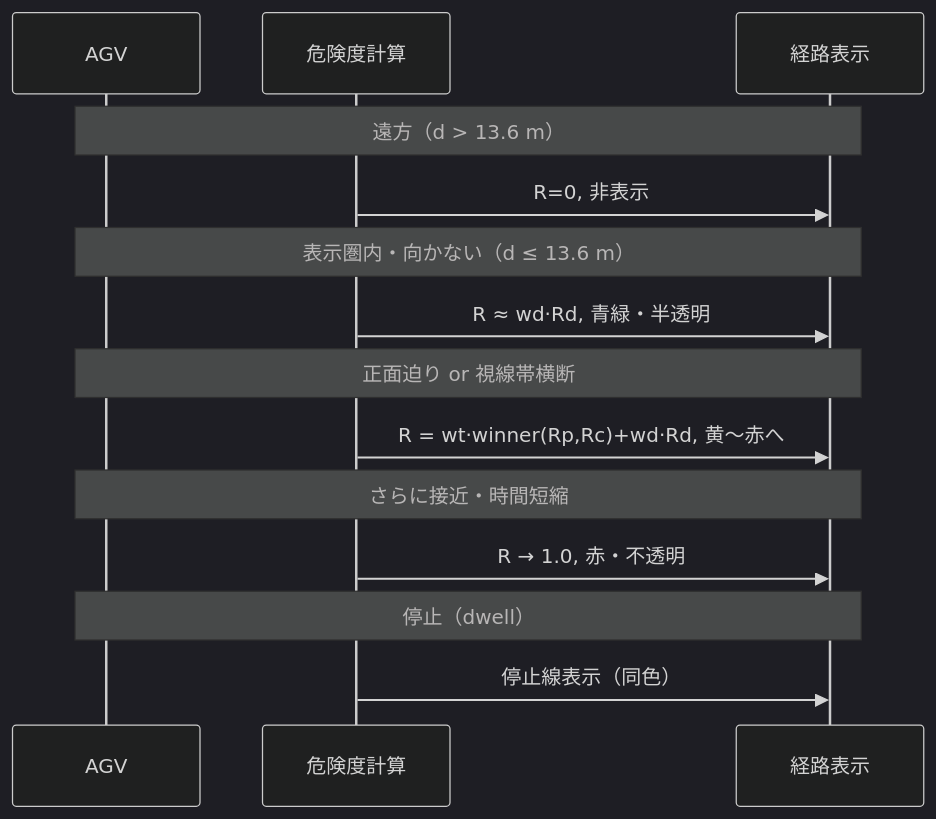
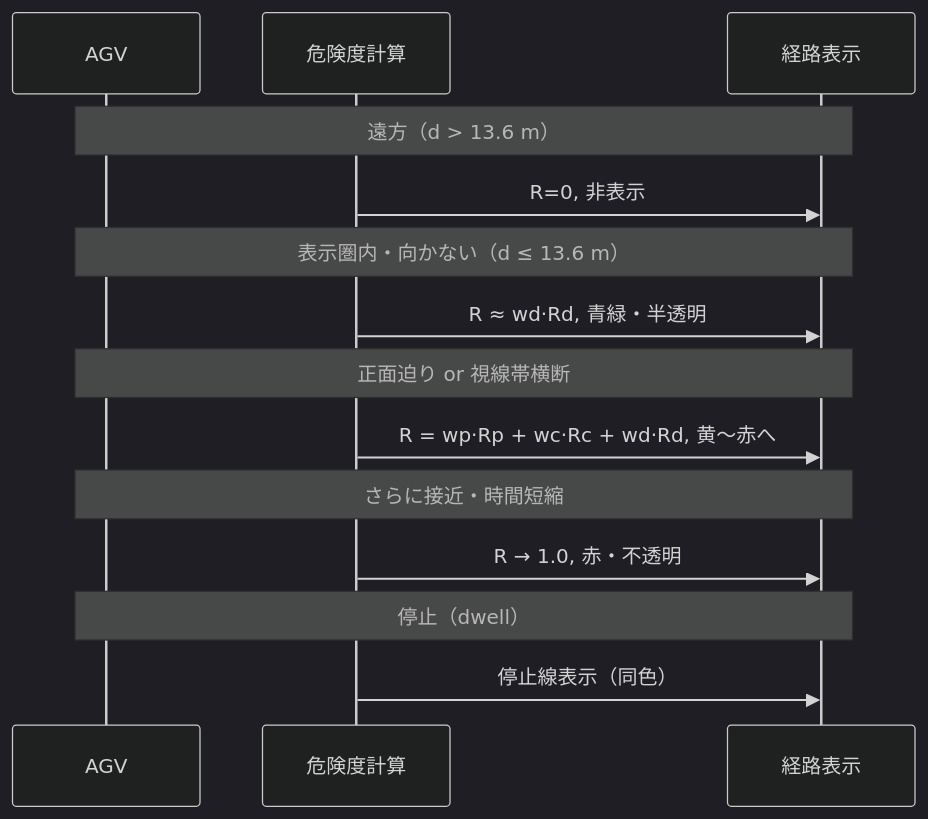
One commit to shoto-11/HRI-Robot changed the second of 2 diagrams in 提案書類.md. Above: the diagram before and after it, drawn with Mermaid (dark theme). The commit also changed other lines of this file and 19 other files, not shown here.

````diff
--- a/提案書類.md
+++ b/提案書類.md
@@ -271,21 +265,21 @@
 ```mermaid
 sequenceDiagram
     participant AGV as AGV
     participant VRC as 危険度計算
     participant Vis as 経路表示
 
     Note over AGV,Vis: 遠方（d > 13.6 m）
     VRC->>Vis: R=0, 非表示
 
     Note over AGV,Vis: 表示圏内・向かない（d ≤ 13.6 m）
     VRC->>Vis: R ≈ wd·Rd, 青緑・半透明
 
     Note over AGV,Vis: 正面迫り or 視線帯横断
-    VRC->>Vis: R = wt·winner(Rp,Rc)+wd·Rd, 黄〜赤へ
+    VRC->>Vis: R = wp·Rp + wc·Rc + wd·Rd, 黄〜赤へ
 
     Note over AGV,Vis: さらに接近・時間短縮
     VRC->>Vis: R → 1.0, 赤・不透明
 
     Note over AGV,Vis: 停止（dwell）
     VRC->>Vis: 停止線表示（同色）
 ```
````
